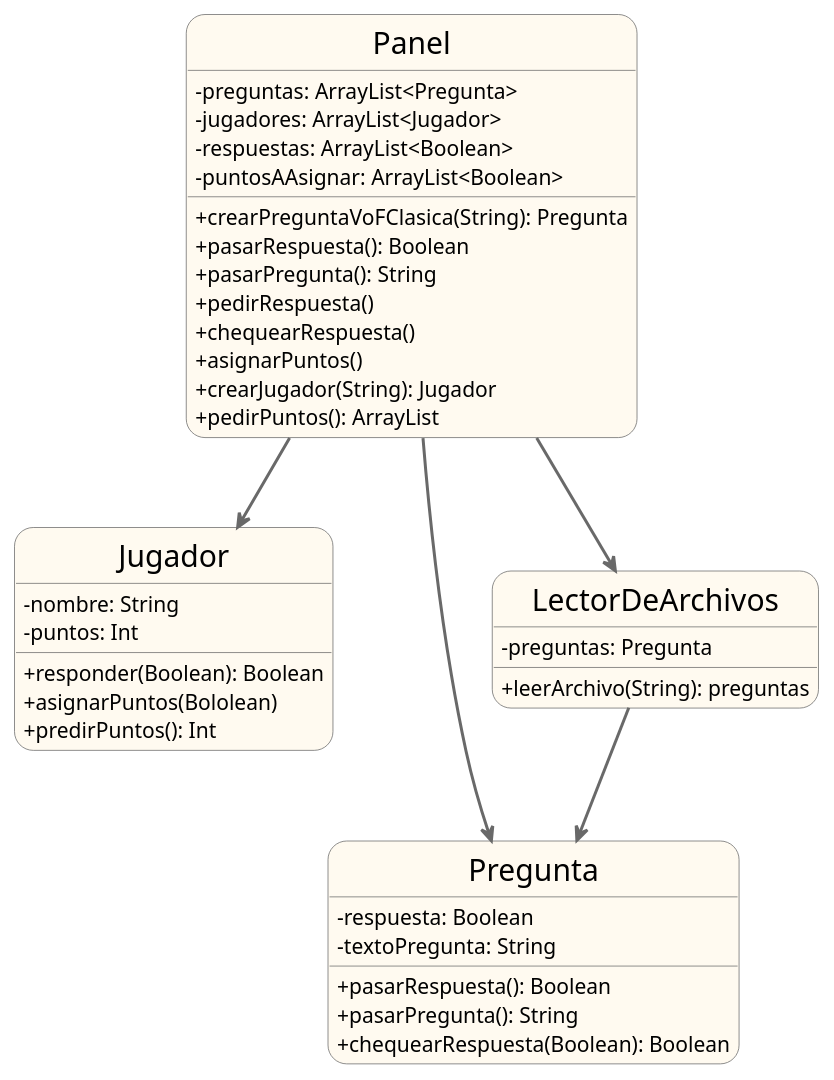
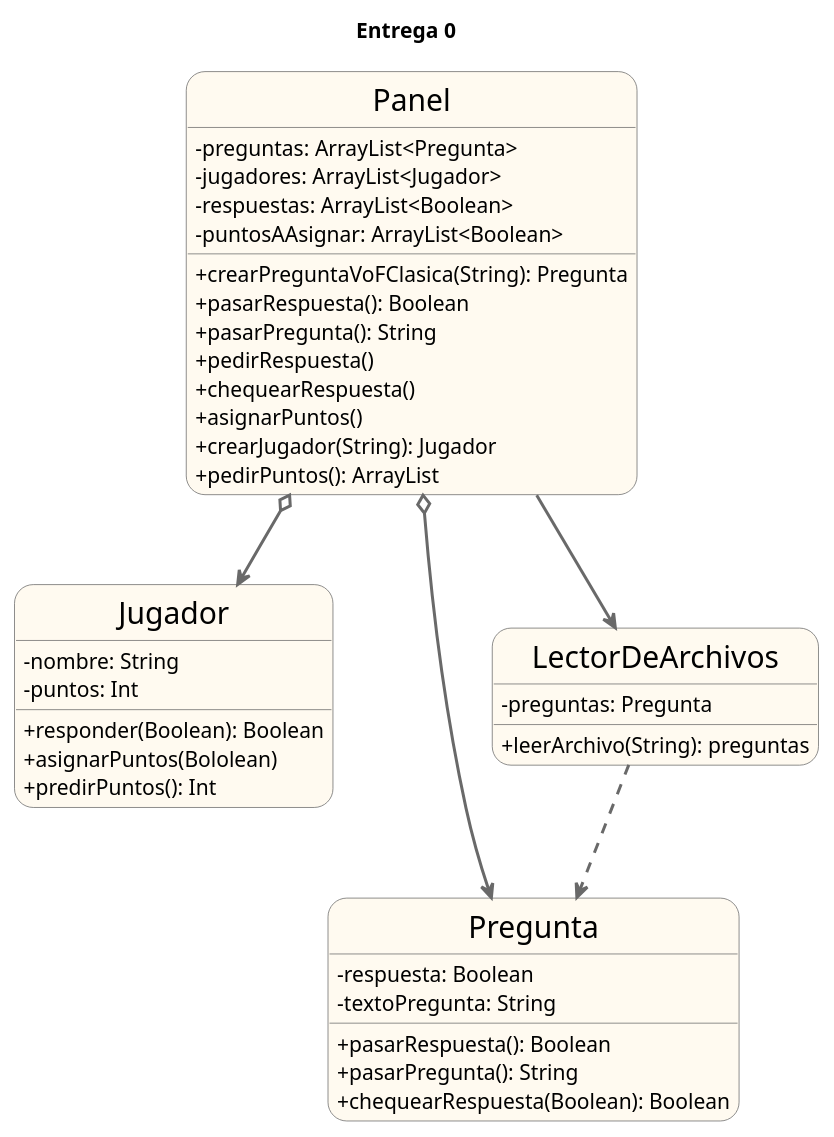
One commit to fvazquezf/TP_2_Algo_3 changed the diagram in UML/Diagrama de clases/Entraga0_diagramaClases.puml. Above: the diagram before and after it, drawn with PlantUML. The commit also changed 1 other file, not shown here.

Commit message:
Se realiza cambios menores al diagrama de calses

```diff
--- a/UML/Diagrama de clases/Entraga0_diagramaClases.puml
+++ b/UML/Diagrama de clases/Entraga0_diagramaClases.puml
@@ -1,56 +1,59 @@
 @startuml TP2
+
+title Entrega 0
+
 hide circle
 skinparam classAttributeIconSize 0
 skinparam roundcorner 25
 skinparam sequenceArrowThickness 2
 skinparam classFontSize 20
 
 skinparam class {
 BackgroundColor FloralWhite
 ArrowColor DimGray
 BorderColor DimGray
 }
 
 class Panel{
        - preguntas: ArrayList<Pregunta>
        - jugadores: ArrayList<Jugador>
        - respuestas: ArrayList<Boolean>
        - puntosAAsignar: ArrayList<Boolean>
        + crearPreguntaVoFClasica(String): Pregunta
        + pasarRespuesta(): Boolean
        + pasarPregunta(): String
        + pedirRespuesta()
        + chequearRespuesta()
        + asignarPuntos()
        + crearJugador(String): Jugador
        + pedirPuntos(): ArrayList
 }
 
 class Jugador{
         - nombre: String
         - puntos: Int
         + responder(Boolean): Boolean
         + asignarPuntos(Bololean)
         + predirPuntos(): Int
 }
 
 
 class Pregunta{
         - respuesta: Boolean
         - textoPregunta: String
         + pasarRespuesta(): Boolean
         + pasarPregunta(): String
         + chequearRespuesta(Boolean): Boolean
 }
 
 class LectorDeArchivos{
         -preguntas: Pregunta
         +leerArchivo(String): preguntas
 }
 
-Panel --> Jugador
-Panel --> Pregunta
+Panel o--> Jugador
+Panel o--> Pregunta
 Panel --> LectorDeArchivos
-LectorDeArchivos --> Pregunta
+LectorDeArchivos ..> Pregunta
 
 @enduml
```
